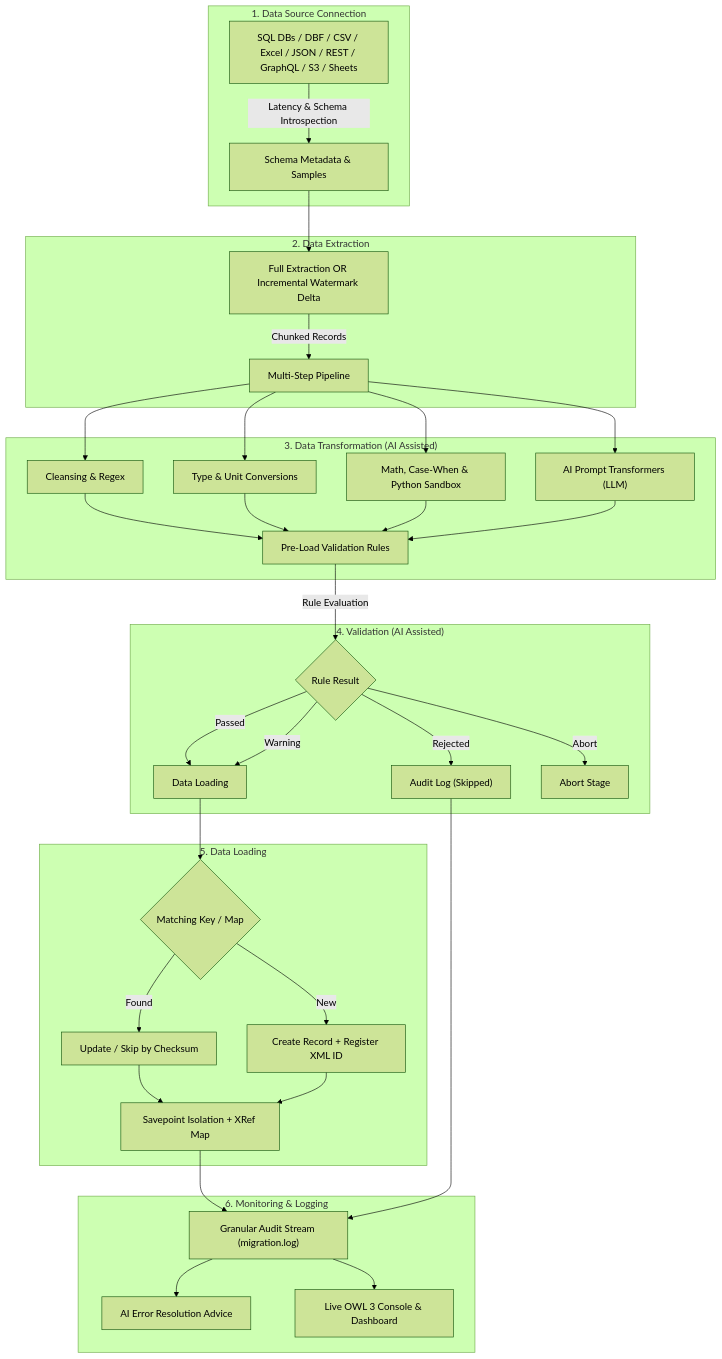
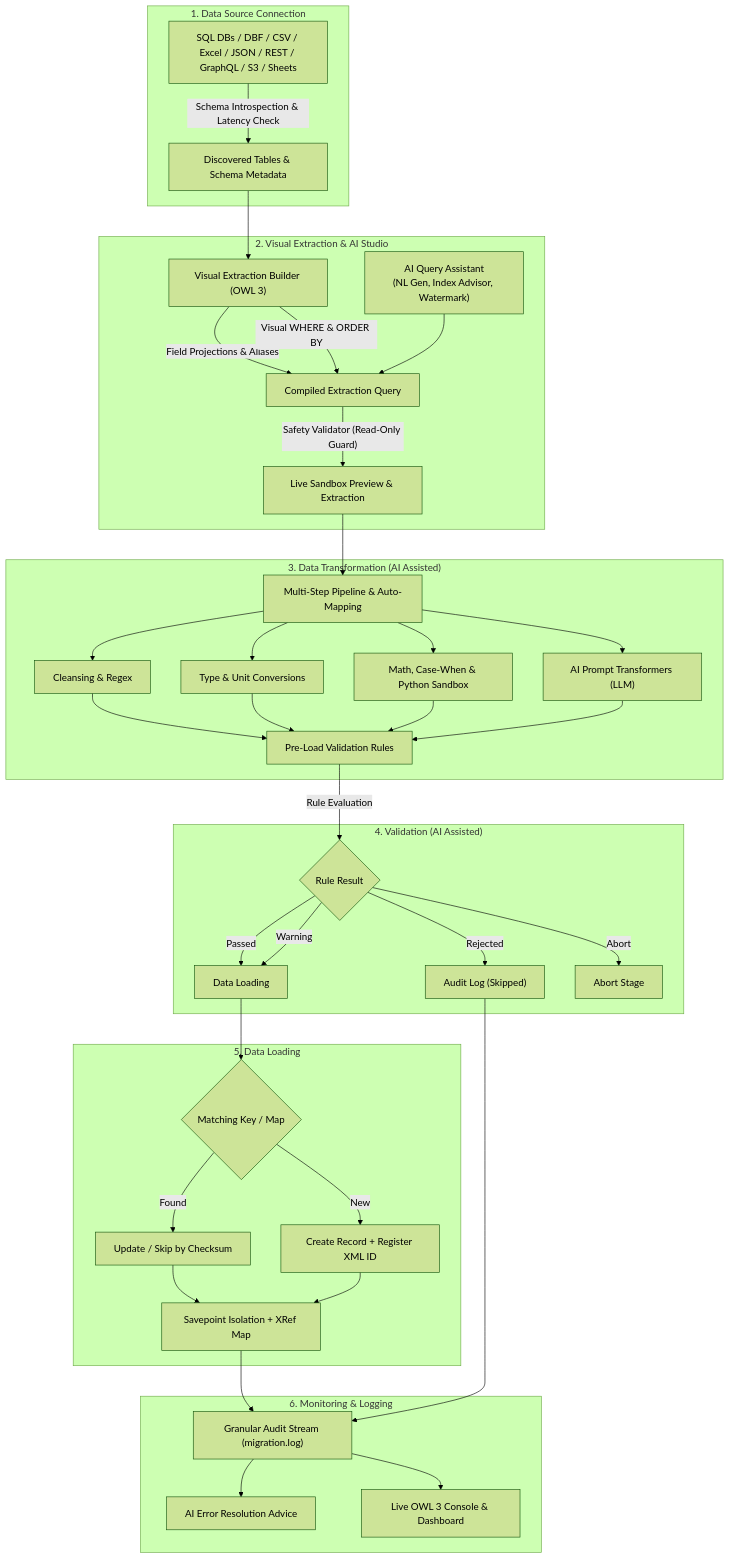
One commit to nonnatee/data_migration changed the diagram in README.md. Above: the diagram before and after it, drawn with Mermaid (forest theme). The commit also changed other lines of this file and 20 other files, not shown here.

Commit message:
feat: initialize data migration module with ETL framework, AI-assisted extraction tools, and OWL 3 visual query builder

````diff
--- a/README.md
+++ b/README.md
@@ -27,44 +31,47 @@
 ```mermaid
 flowchart TD
     subgraph Stage1["1. Data Source Connection"]
         S1["SQL DBs / DBF / CSV / Excel / JSON / REST / GraphQL / S3 / Sheets"]
-        S1 -->|"Latency & Schema Introspection"| S2["Schema Metadata & Samples"]
+        S1 -->|"Schema Introspection & Latency Check"| S2["Discovered Tables & Schema Metadata"]
     end
 
-    subgraph Stage2["2. Data Extraction"]
-        S2 --> E1["Full Extraction OR Incremental Watermark Delta"]
-        E1 -->|"Chunked Records"| T1
+    subgraph Stage2["2. Visual Extraction & AI Studio"]
+        S2 --> E1["Visual Extraction Builder (OWL 3)"]
+        E1 -->|"Field Projections & Aliases"| E2["Compiled Extraction Query"]
+        E1 -->|"Visual WHERE & ORDER BY"| E2
+        AI_EXT["AI Query Assistant<br/>(NL Gen, Index Advisor, Watermark)"] --> E2
+        E2 -->|"Safety Validator (Read-Only Guard)"| E3["Live Sandbox Preview & Extraction"]
     end
 
     subgraph Stage3["3. Data Transformation (AI Assisted)"]
-        T1["Multi-Step Pipeline"]
+        E3 --> T1["Multi-Step Pipeline & Auto-Mapping"]
         T1 --> T2["Cleansing & Regex"]
         T1 --> T3["Type & Unit Conversions"]
         T1 --> T4["Math, Case-When & Python Sandbox"]
         T1 --> T5["AI Prompt Transformers (LLM)"]
         T2 & T3 & T4 & T5 --> V1
     end
 
     subgraph Stage4["4. Validation (AI Assisted)"]
         V1["Pre-Load Validation Rules"]
         V1 -->|"Rule Evaluation"| V2{"Rule Result"}
         V2 -->|"Passed"| L1["Data Loading"]
         V2 -->|"Warning"| L1
         V2 -->|"Rejected"| LOG1["Audit Log (Skipped)"]
         V2 -->|"Abort"| AB1["Abort Stage"]
     end
 
     subgraph Stage5["5. Data Loading"]
         L1 --> L2{"Matching Key / Map"}
         L2 -->|"Found"| L3["Update / Skip by Checksum"]
         L2 -->|"New"| L4["Create Record + Register XML ID"]
         L3 & L4 --> L5["Savepoint Isolation + XRef Map"]
     end
 
     subgraph Stage6["6. Monitoring & Logging"]
         L5 --> M1["Granular Audit Stream (migration.log)"]
         LOG1 --> M1
         M1 --> M2["AI Error Resolution Advice"]
         M1 --> M3["Live OWL 3 Console & Dashboard"]
     end
 ```
````
